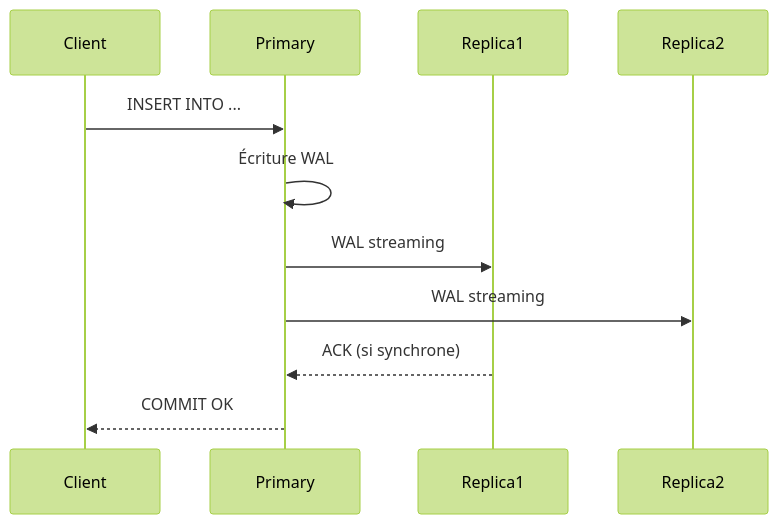
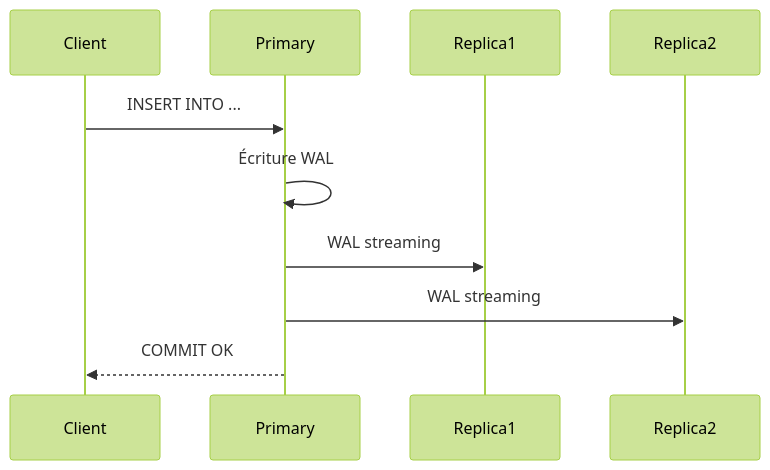
Before and after one commit to HidoraSwiss/hikube-public-doc: the second of 2 diagrams in docs/services/databases/postgresql/concepts.md, drawn with Mermaid (forest theme). The commit also changed other lines of this file and 59 other files, not shown here.

````diff
--- a/docs/services/databases/postgresql/concepts.md
+++ b/docs/services/databases/postgresql/concepts.md
@@ -81,14 +63,13 @@
 ```mermaid
 sequenceDiagram
     participant Client
     participant Primary
     participant Replica1
     participant Replica2
 
     Client->>Primary: INSERT INTO ...
     Primary->>Primary: Écriture WAL
     Primary->>Replica1: WAL streaming
     Primary->>Replica2: WAL streaming
-    Replica1-->>Primary: ACK (si synchrone)
     Primary-->>Client: COMMIT OK
 ```
````
